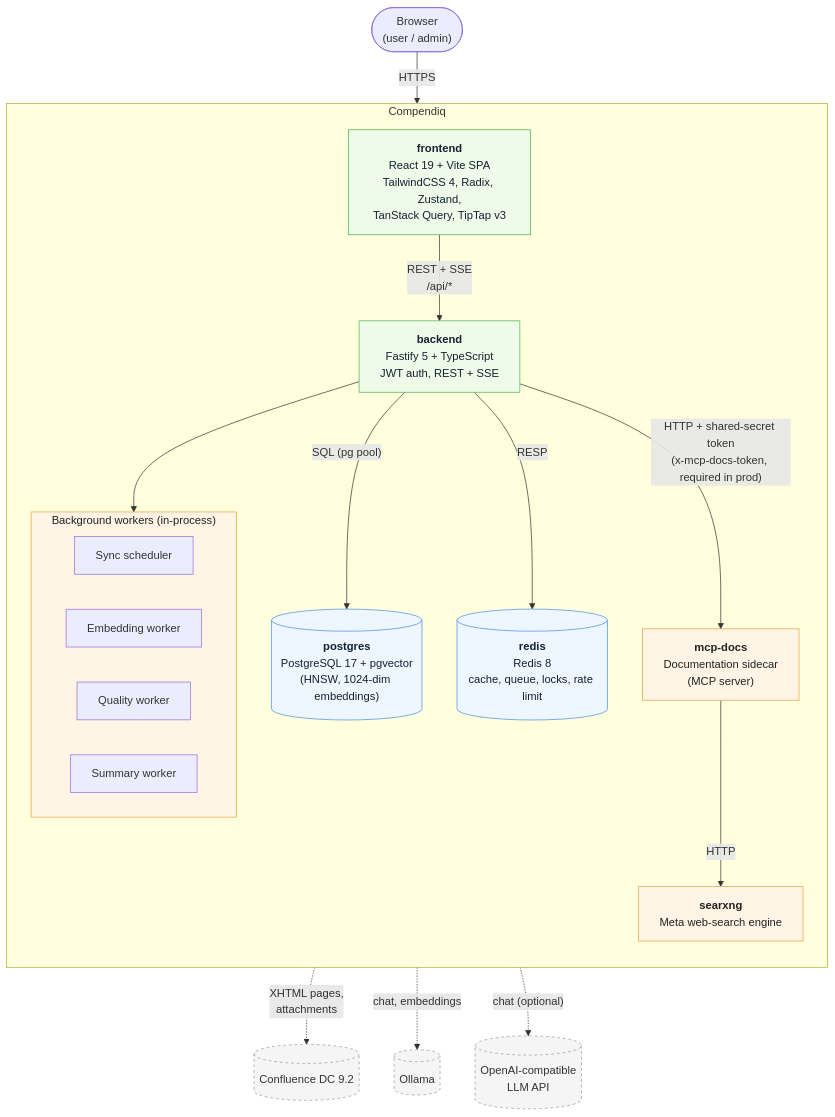
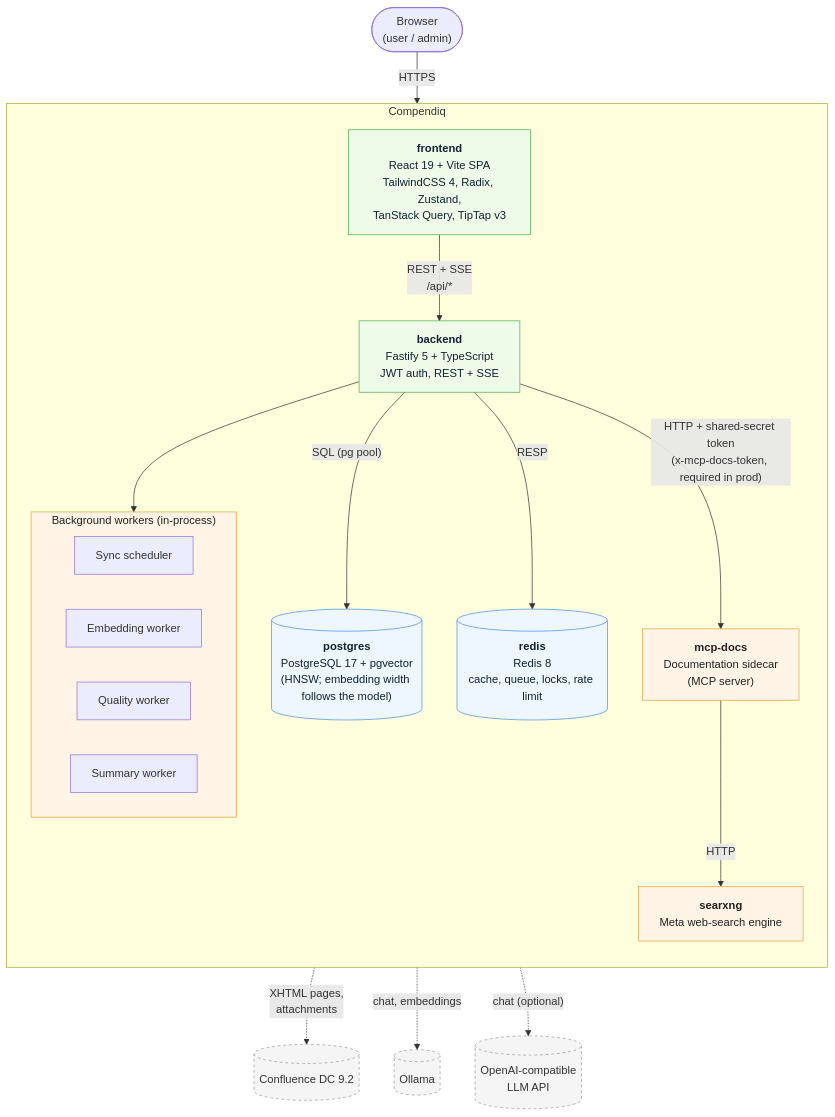
The diagram in docs/architecture/02-container.md (Compendiq/compendiq-ce), drawn with Mermaid before and after one commit. The commit also changed other lines of this file and 6 other files, not shown here.

````diff
--- a/docs/architecture/02-container.md
+++ b/docs/architecture/02-container.md
@@ -8,49 +8,49 @@
 ```mermaid
 flowchart TB
     user(["Browser<br/>(user / admin)"])
     confluence[("Confluence DC 9.2")]
     ollama[("Ollama")]
     openai[("OpenAI-compatible<br/>LLM API")]
 
     subgraph compendiq["Compendiq"]
         direction TB
         fe["<b>frontend</b><br/>React 19 + Vite SPA<br/>TailwindCSS 4, Radix, Zustand,<br/>TanStack Query, TipTap v3"]
         be["<b>backend</b><br/>Fastify 5 + TypeScript<br/>JWT auth, REST + SSE"]
 
         subgraph workers["Background workers (in-process)"]
             direction LR
             wsync["Sync scheduler"]
             wemb["Embedding worker"]
             wqual["Quality worker"]
             wsum["Summary worker"]
         end
 
-        pg[("<b>postgres</b><br/>PostgreSQL 17 + pgvector<br/>(HNSW, 1024-dim embeddings)")]
+        pg[("<b>postgres</b><br/>PostgreSQL 17 + pgvector<br/>(HNSW; embedding width follows the model)")]
         redis[("<b>redis</b><br/>Redis 8<br/>cache, queue, locks, rate limit")]
 
         mcp["<b>mcp-docs</b><br/>Documentation sidecar<br/>(MCP server)"]
         searx["<b>searxng</b><br/>Meta web-search engine"]
     end
 
     user -- "HTTPS" --> fe
     fe  -- "REST + SSE<br/>/api/*" --> be
 
     be --> workers
     be -- "SQL (pg pool)" --> pg
     be -- "RESP" --> redis
     be -- "HTTP + shared-secret token<br/>(x-mcp-docs-token, required in prod)" --> mcp
     mcp -- "HTTP" --> searx
 
     be -. "XHTML pages,<br/>attachments" .-> confluence
     be -. "chat, embeddings" .-> ollama
     be -. "chat (optional)" .-> openai
 
     classDef ext fill:#f5f5f5,stroke:#999,stroke-dasharray: 4 4,color:#333
     classDef data fill:#eef6ff,stroke:#4a90e2,color:#123
     classDef app fill:#eefbe8,stroke:#4caf50,color:#123
     classDef side fill:#fff4e5,stroke:#e5a23c,color:#222
     class confluence,ollama,openai ext
     class pg,redis data
     class fe,be app
     class mcp,searx,workers side
 ```
````
